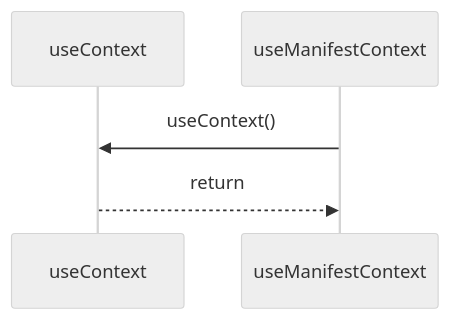
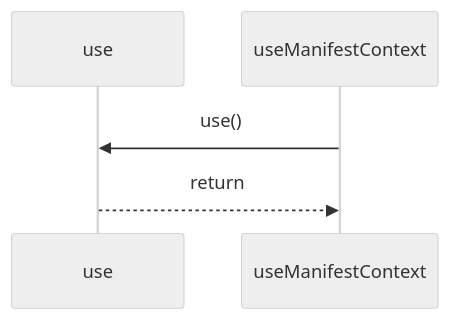
One commit to ankhorage/runtime changed the diagram in paradox/diagrams/sequences/use-manifest-context.mmd. Above: the diagram before and after it, drawn with Mermaid (neutral theme). The commit also changed 41 other files, not shown here.

```diff
--- a/paradox/diagrams/sequences/use-manifest-context.mmd
+++ b/paradox/diagrams/sequences/use-manifest-context.mmd
@@ -1,5 +1,5 @@
 sequenceDiagram
-  participant participant_useContext as useContext
+  participant participant_use as use
   participant participant_useManifestContext as useManifestContext
-  participant_useManifestContext->>participant_useContext: useContext()
-  participant_useContext-->>participant_useManifestContext: return
+  participant_useManifestContext->>participant_use: use()
+  participant_use-->>participant_useManifestContext: return
```
